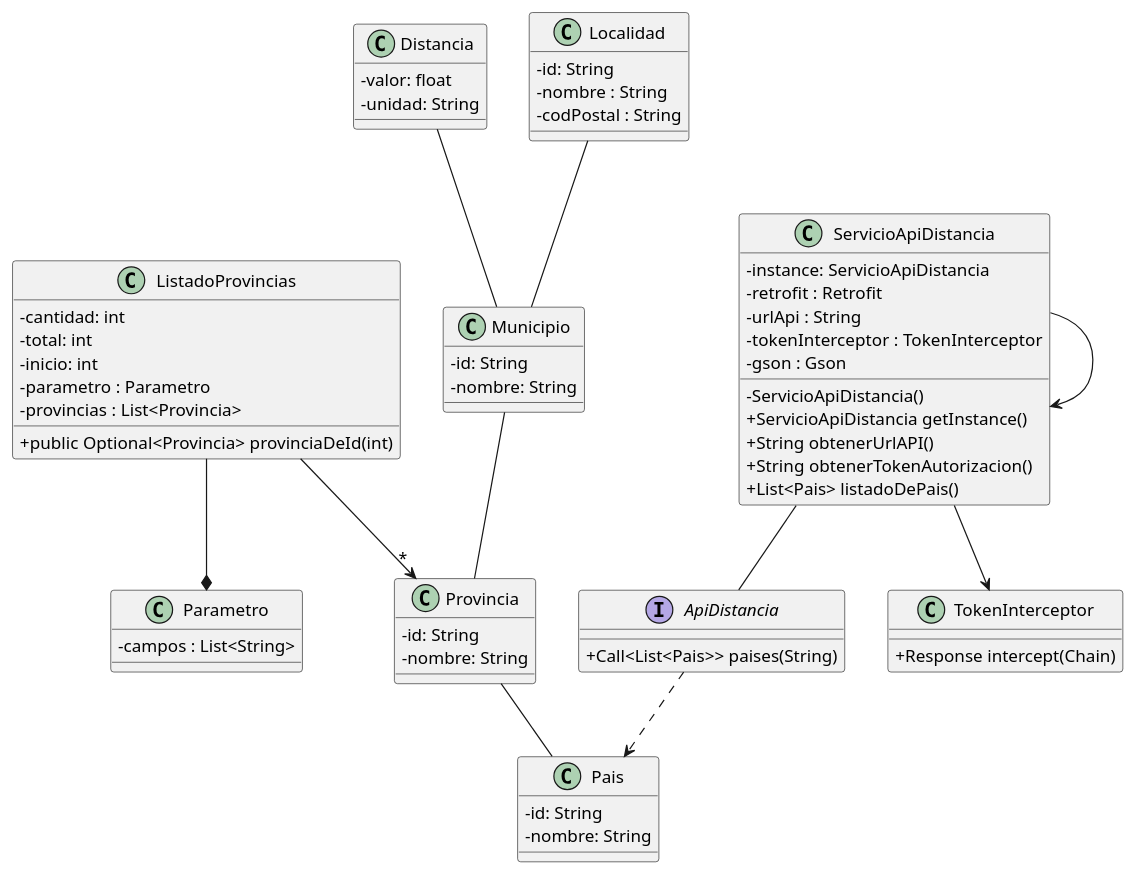
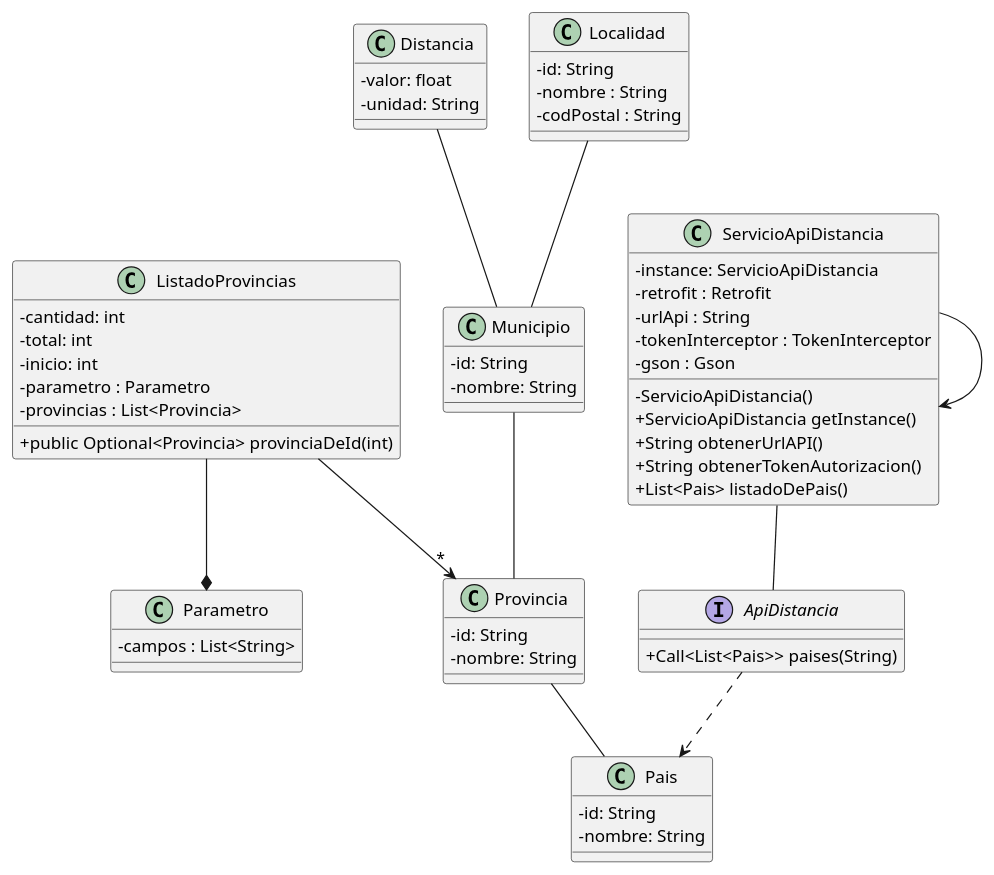
Before and after one commit to IgnacioG2000/TP-DDS: the diagram in src/ModeloDeAPI.puml, drawn with PlantUML.

Commit message:
Modificando diagrama de API

```diff
--- a/src/ModeloDeAPI.puml
+++ b/src/ModeloDeAPI.puml
@@ -1,85 +1,79 @@
 @startuml
 skinparam classAttributeIconSize 0
 
 interface ApiDistancia {
 + Call<List<Pais>> paises(String)
 }
 
 class Distancia {
 - valor: float
 - unidad: String
 }
 
 class ListadoProvincias {
 - cantidad: int
 - total: int
 - inicio: int
 - parametro : Parametro
 - provincias : List<Provincia>
 
 + public Optional<Provincia> provinciaDeId(int)
 }
 
 class Parametro {
 - campos : List<String>
 }
 
 class Municipio {
 - id: String
 - nombre: String
 }
 
 class Pais {
 - id: String
 - nombre: String
 }
 
 class Provincia {
 - id: String
 - nombre: String
 }
 
 class Localidad {
 - id: String
 - nombre : String
 - codPostal : String
 }
 
 class ServicioApiDistancia {
 - instance: ServicioApiDistancia
 - retrofit : Retrofit
 - urlApi : String
 - tokenInterceptor : TokenInterceptor
 - gson : Gson
 
 -ServicioApiDistancia()
 +ServicioApiDistancia getInstance()
 + String obtenerUrlAPI()
 + String obtenerTokenAutorizacion()
 + List<Pais> listadoDePais()
 }
 
-class TokenInterceptor {
-
-+ Response intercept(Chain)
-}
-
 ApiDistancia ..> Pais
 
 ServicioApiDistancia --> ServicioApiDistancia
-ServicioApiDistancia --> TokenInterceptor
 
 ListadoProvincias --> "*" Provincia
 ListadoProvincias --* Parametro
 
 Provincia -- Pais
 
 Localidad -- Municipio
 
 Municipio -- Provincia
 
 Distancia -- Municipio
 
 ServicioApiDistancia -- ApiDistancia
 
 @enduml
```
